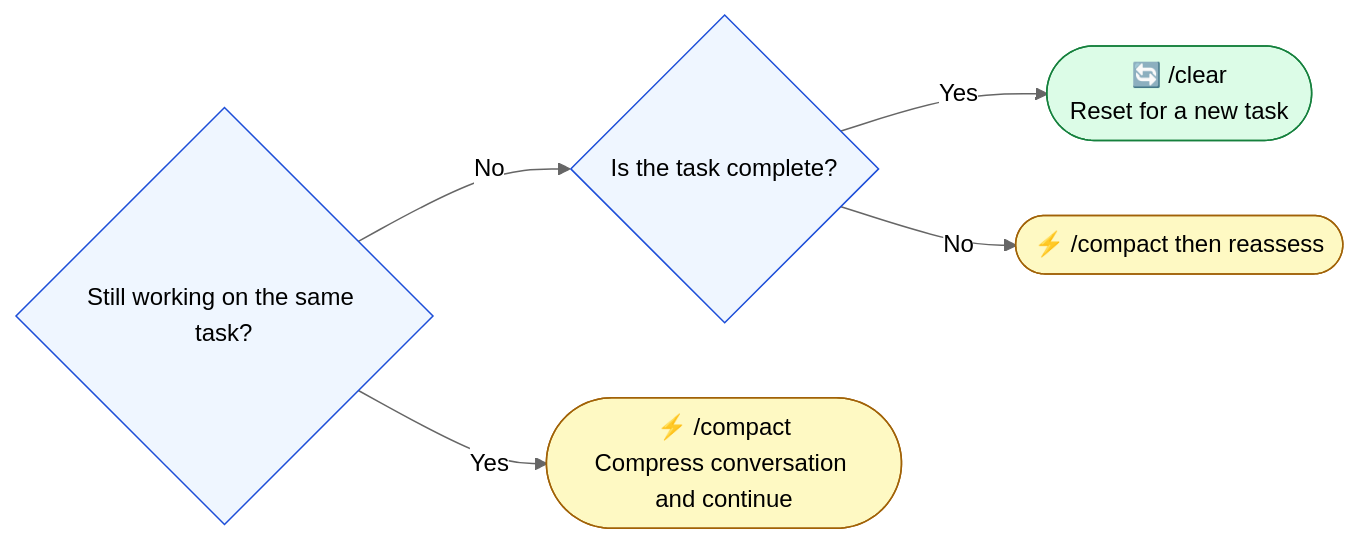
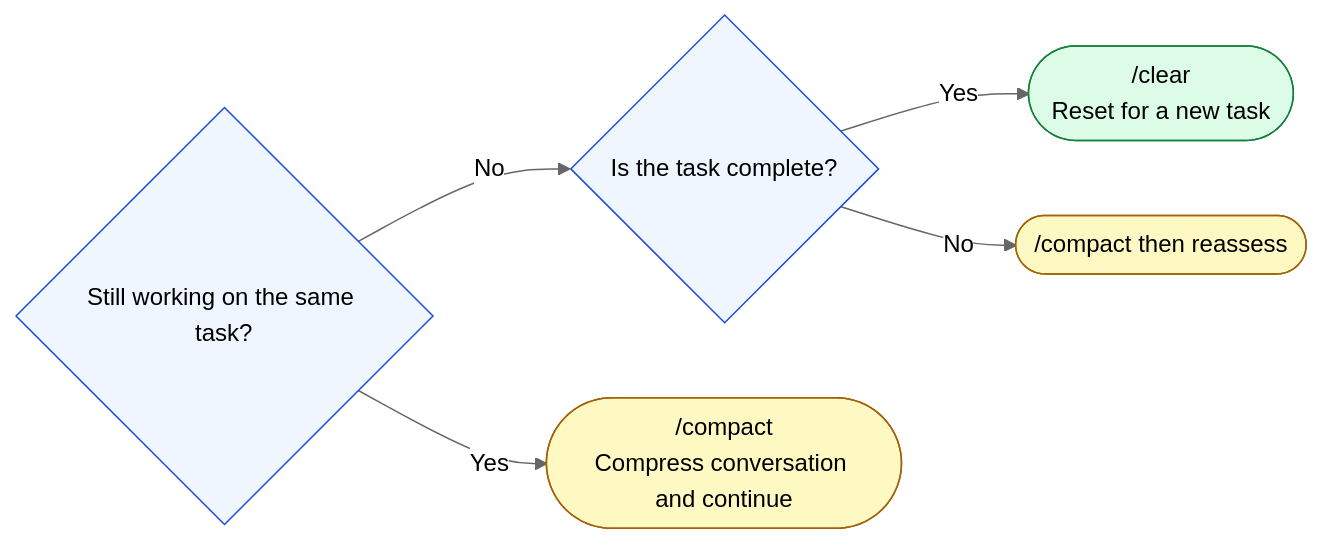
Before and after one commit to shuji-bonji/understanding-llm-through-claude-code: the diagram in docs/08-session-management/compact-and-clear.md, drawn with Mermaid (neutral theme). The commit also changed 44 other files, not shown here.

````diff
--- a/docs/08-session-management/compact-and-clear.md
+++ b/docs/08-session-management/compact-and-clear.md
@@ -44,19 +44,19 @@
 ```mermaid
 flowchart LR
     Q1{"Still working on the same task?"}
     Q2{"Is the task complete?"}
-    COMPACT(["⚡ /compact<br>Compress conversation and continue"])
-    CLEAR(["🔄 /clear<br>Reset for a new task"])
-    COMPACT2(["⚡ /compact then reassess"])
+    COMPACT(["/compact<br>Compress conversation and continue"])
+    CLEAR(["/clear<br>Reset for a new task"])
+    COMPACT2(["/compact then reassess"])
 
     Q1 -->|"Yes"| COMPACT
     Q1 -->|"No"| Q2
     Q2 -->|"Yes"| CLEAR
     Q2 -->|"No"| COMPACT2
 
     style Q1 fill:#eff6ff,stroke:#1d4ed8,color:#000
     style Q2 fill:#eff6ff,stroke:#1d4ed8,color:#000
     style COMPACT fill:#fef9c3,stroke:#a16207,color:#000
     style CLEAR fill:#dcfce7,stroke:#15803d,color:#000
     style COMPACT2 fill:#fef9c3,stroke:#a16207,color:#000
 ```
````
